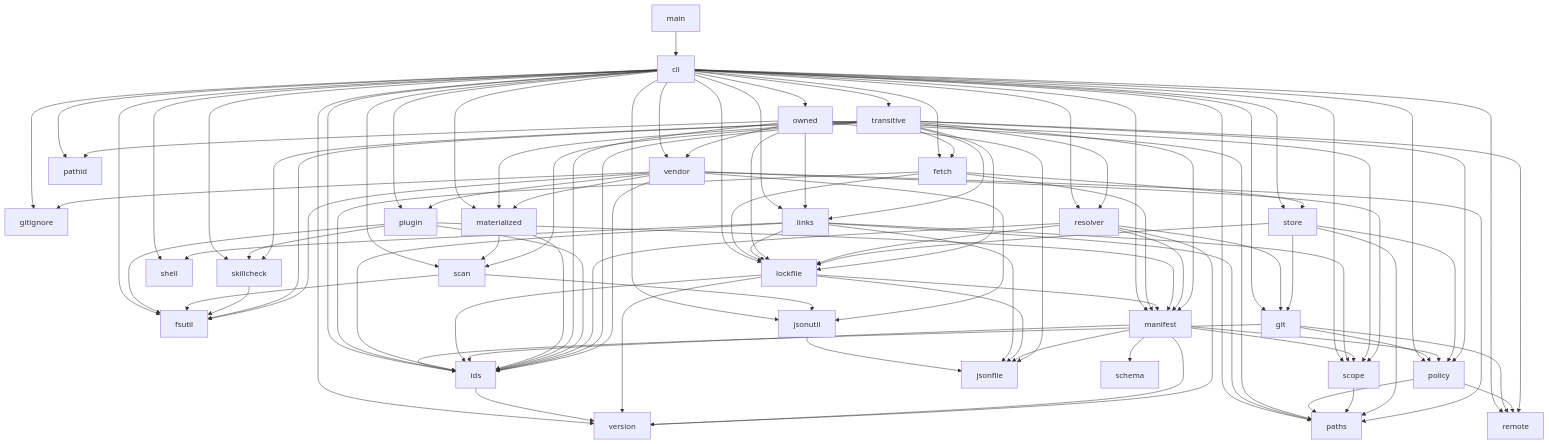
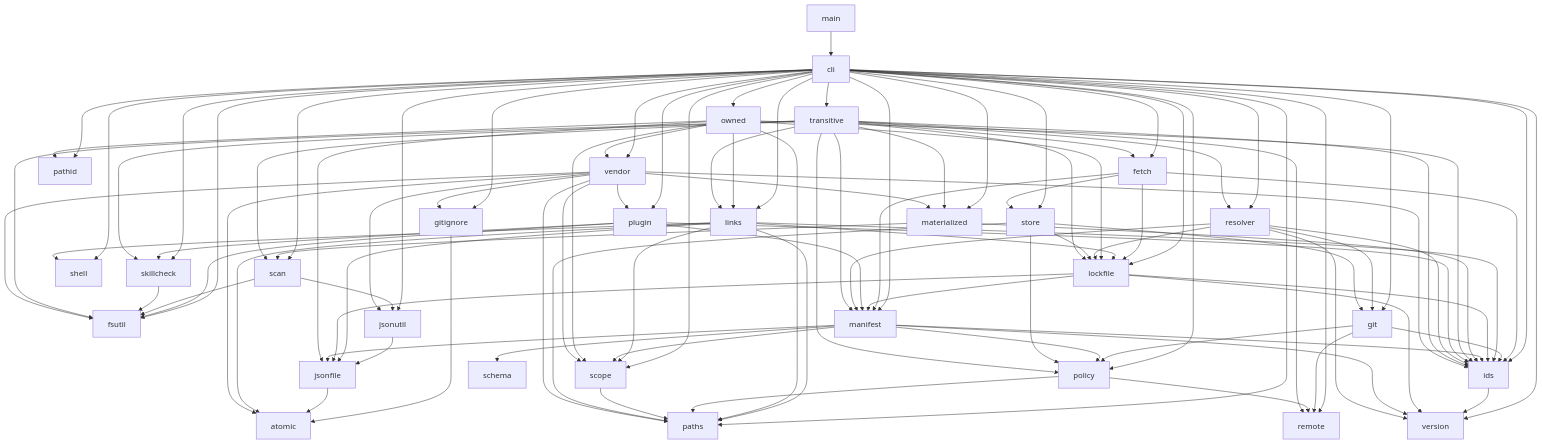
Before and after one commit to camunda/spm-cli: the first of 3 diagrams in docs/guide/architecture.md, drawn with Mermaid. The commit also changed 21 other files, not shown here.

```diff
--- a/docs/guide/architecture.md
+++ b/docs/guide/architecture.md
@@ -53,8 +53,11 @@
   git --> ids
   git --> policy
   git --> remote
+  gitignore --> atomic
   ids --> version
+  jsonfile --> atomic
   jsonutil --> jsonfile
+  links --> atomic
   links --> ids
   links --> jsonfile
   links --> lockfile
@@ -113,6 +116,7 @@
   transitive --> resolver
   transitive --> scan
   transitive --> skillcheck
+  vendor --> atomic
   vendor --> fsutil
   vendor --> gitignore
   vendor --> ids
```
